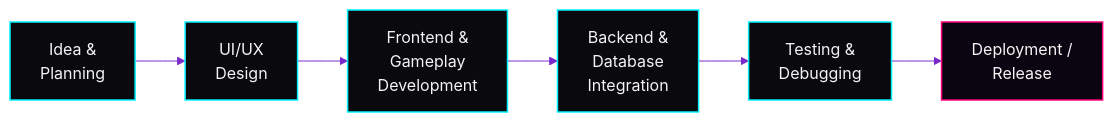
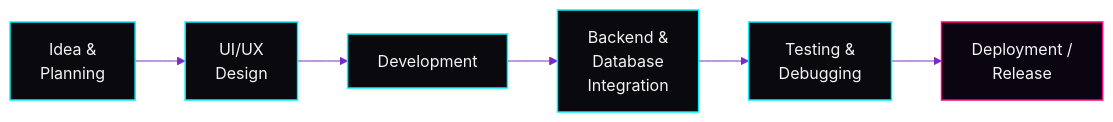
One commit to SaktiArifDwiPutra/SaktiArifDwiPutra changed the diagram in README.md. Above: the diagram before and after it, drawn with Mermaid. The commit also changed other lines of this file and 7 other files, not shown here.

````diff
--- a/README.md
+++ b/README.md
@@ -181,13 +145,13 @@
 ```mermaid
 %%{init: {'theme':'base','themeVariables':{'primaryColor':'#09090e','primaryTextColor':'#f4f4f5','primaryBorderColor':'#00f2fe','lineColor':'#7928ca','fontFamily':'Inter, Segoe UI, sans-serif'}}}%%
 flowchart LR
     A["Idea &<br/>Planning"] --> B["UI/UX<br/>Design"]
-    B --> C["Frontend &<br/>Gameplay<br/>Development"]
+    B --> C["Development"]
     C --> D["Backend &<br/>Database<br/>Integration"]
     D --> E["Testing &<br/>Debugging"]
     E --> F["Deployment /<br/>Release"]
     classDef core fill:#09090e,stroke:#00f2fe,color:#f4f4f5,stroke-width:1.5px;
-    classDef end1 fill:#0a0510,stroke:#ff007a,color:#f4f4f5,stroke-width:1.5px;
+    classDef endNode fill:#0a0510,stroke:#ff007a,color:#f4f4f5,stroke-width:1.5px;
     class A,B,C,D,E core;
-    class F end1;
+    class F endNode;
 ```
````
